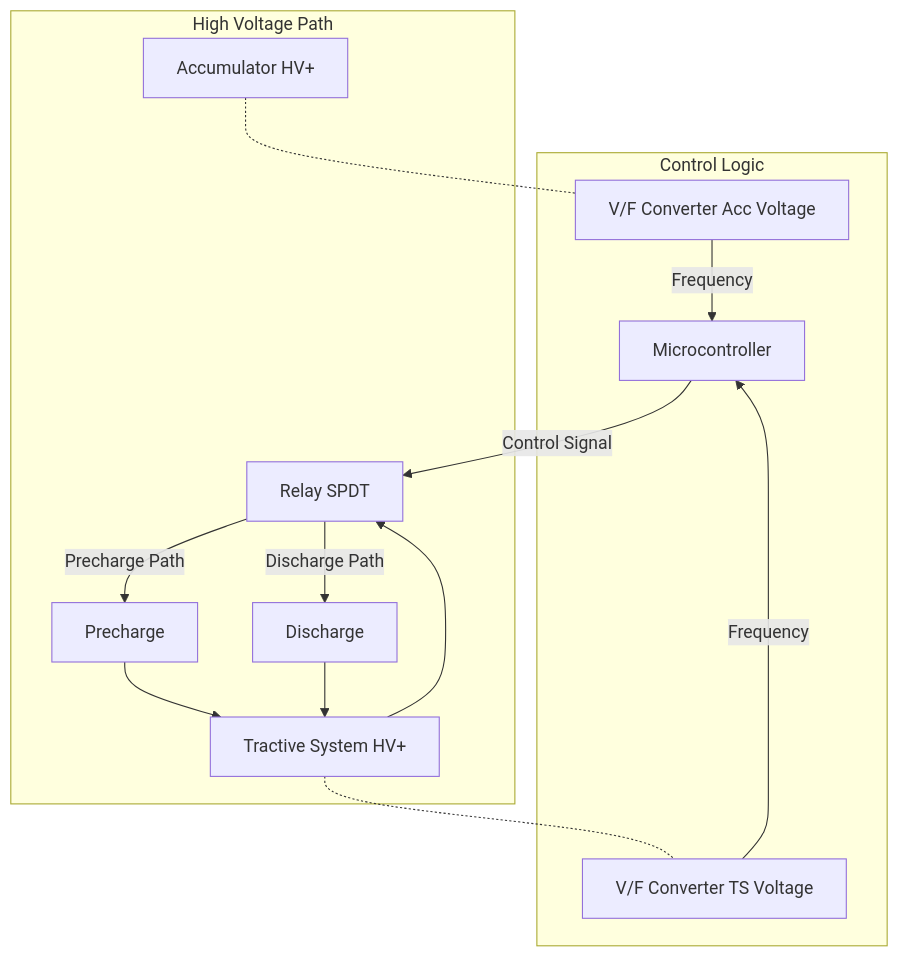
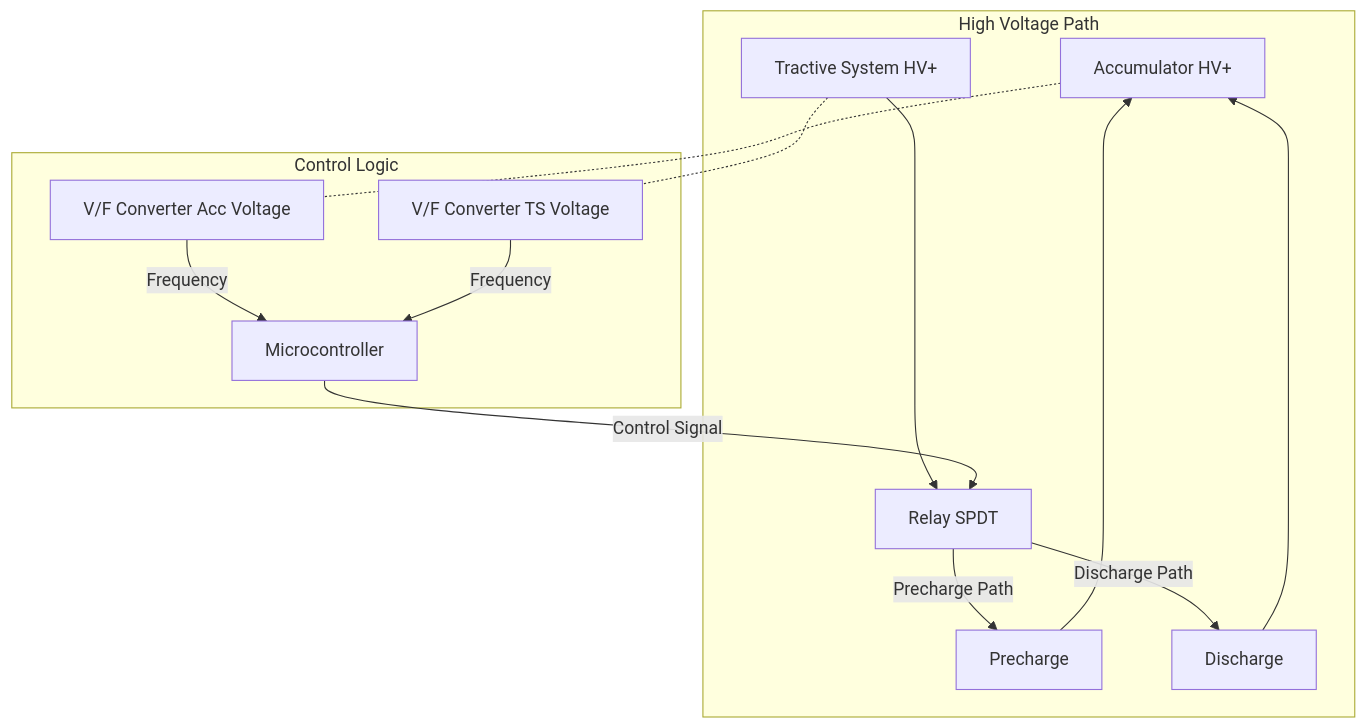
The diagram in buildbook.md (HYAlbert/EV-Documentation), drawn with Mermaid before and after one commit.

````diff
--- a/buildbook.md
+++ b/buildbook.md
@@ -249,28 +249,28 @@
 ```mermaid
 graph TD
     subgraph HV_Path [High Voltage Path]
         ACC[Accumulator HV+]
         TS[Tractive System HV+]
         K3[Relay SPDT]
         
         TS --> K3
         K3 -- Precharge Path --> P_STATE[Precharge]
         K3 -- Discharge Path --> D_STATE[Discharge]
-        P_STATE --> TS
-        D_STATE --> TS
+        P_STATE --> ACC
+        D_STATE --> ACC
     end
 
     subgraph Control [Control Logic]
         MCU[Microcontroller]
         VFC1[V/F Converter Acc Voltage]
         VFC2[V/F Converter TS Voltage]
         
         VFC1 -->|Frequency| MCU
         VFC2 -->|Frequency| MCU
         MCU -->|Control Signal| K3
     end
 
     %% Sensing Connections
     ACC -.- VFC1
     TS -.- VFC2
 ```
````
